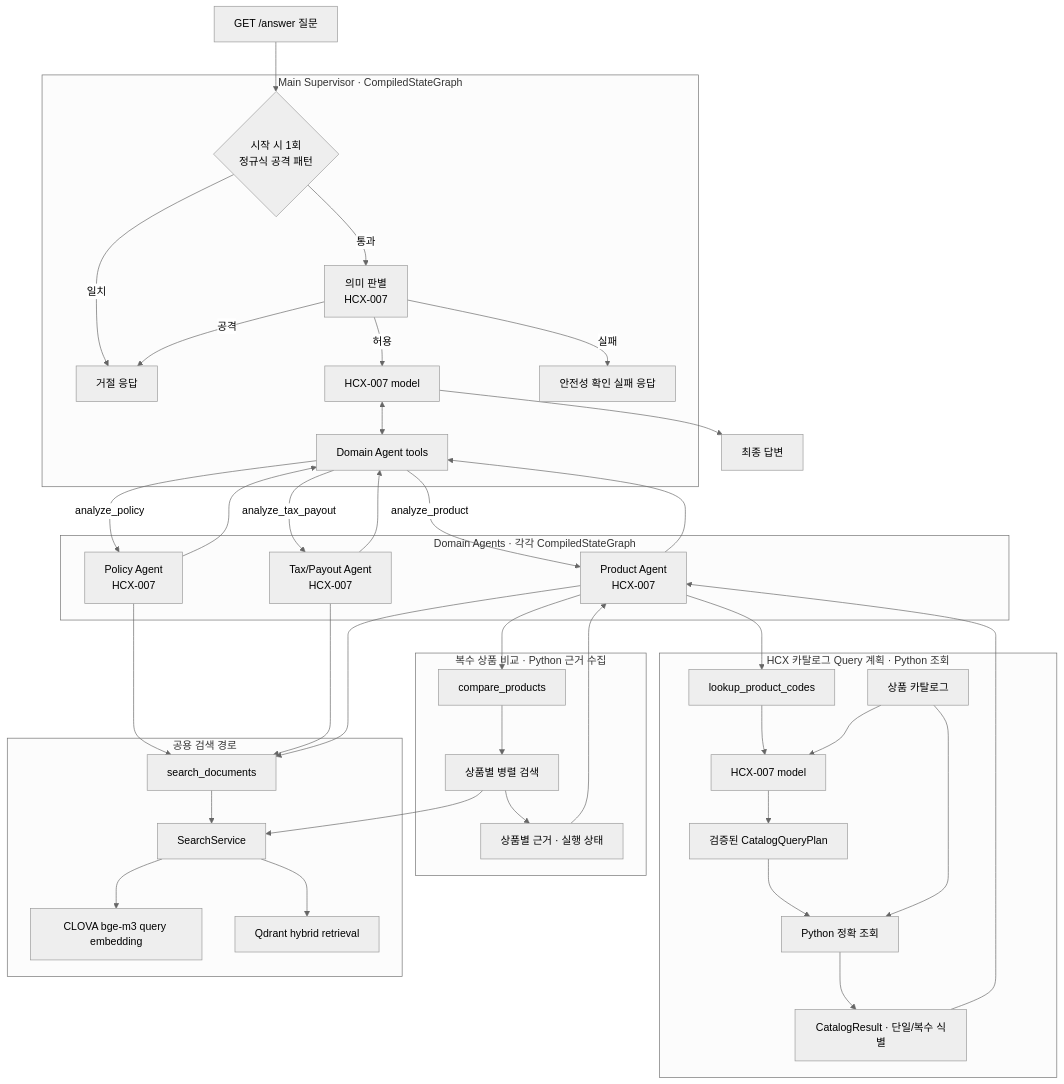
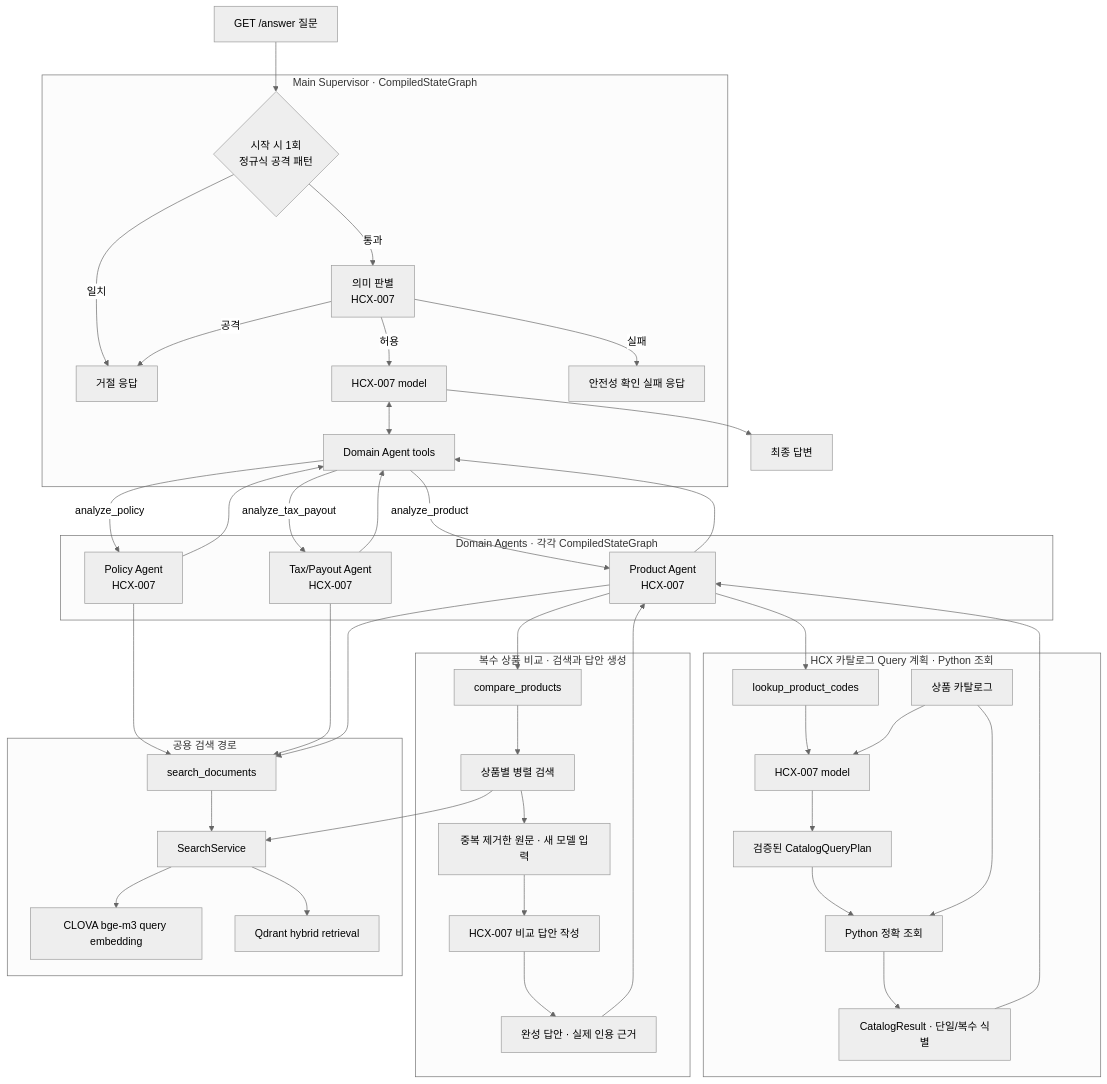
One commit to nayeon653/-ace3 changed the first of 5 diagrams in docs/architecture/agent-graphs.md. Above: the diagram before and after it, drawn with Mermaid (neutral theme). The commit also changed 34 other files, not shown here.

````diff
--- a/docs/architecture/agent-graphs.md
+++ b/docs/architecture/agent-graphs.md
@@ -14,57 +14,59 @@
 ```mermaid
 flowchart TB
     question["GET /answer 질문"] --> regex_guard
 
     subgraph main["Main Supervisor · CompiledStateGraph"]
         regex_guard{"시작 시 1회<br/>정규식 공격 패턴"} -->|일치| guard_refusal["거절 응답"]
         regex_guard -->|통과| input_guard["의미 판별<br/>HCX-007"]
         input_guard -->|허용| supervisor
         input_guard -->|공격| guard_refusal
         input_guard -->|실패| guard_unavailable["안전성 확인 실패 응답"]
         supervisor["HCX-007 model"] <--> domain_tools["Domain Agent tools"]
     end
 
     domain_tools -->|analyze_policy| domain_policy
     domain_tools -->|analyze_tax_payout| domain_tax_payout
     domain_tools -->|analyze_product| domain_product
 
     subgraph domains["Domain Agents · 각각 CompiledStateGraph"]
         domain_policy["Policy Agent<br/>HCX-007"]
         domain_tax_payout["Tax/Payout Agent<br/>HCX-007"]
         domain_product["Product Agent<br/>HCX-007"]
     end
 
     domain_policy --> domain_tools
     domain_policy --> search_tools
     domain_tax_payout --> domain_tools
     domain_tax_payout --> search_tools
     domain_product --> domain_tools
     domain_product --> search_tools
 
     subgraph catalog["HCX 카탈로그 Query 계획 · Python 조회"]
         catalog_lookup["lookup_product_codes"] --> catalog_hcx["HCX-007 model"]
         product_catalog["상품 카탈로그"] --> catalog_hcx
         catalog_hcx --> catalog_query["검증된 CatalogQueryPlan"]
         catalog_query --> catalog_execute["Python 정확 조회"]
         product_catalog --> catalog_execute
         catalog_execute --> catalog_result["CatalogResult · 단일/복수 식별"]
     end
     domain_product --> catalog_lookup
     catalog_result --> domain_product
 
-    subgraph comparison["복수 상품 비교 · Python 근거 수집"]
+    subgraph comparison["복수 상품 비교 · 검색과 답안 생성"]
         compare_tool["compare_products"] --> product_searches["상품별 병렬 검색"]
-        product_searches --> comparison_evidence["상품별 근거 · 실행 상태"]
+        product_searches --> comparison_evidence["중복 제거한 원문 · 새 모델 입력"]
+        comparison_evidence --> comparison_writer["HCX-007 비교 답안 작성"]
+        comparison_writer --> comparison_answer["완성 답안 · 실제 인용 근거"]
     end
     domain_product --> compare_tool
-    comparison_evidence --> domain_product
+    comparison_answer --> domain_product
     product_searches --> search_service
 
     subgraph search["공용 검색 경로"]
         search_tools["search_documents"] --> search_service["SearchService"]
         search_service --> embedding["CLOVA bge-m3 query embedding"]
         search_service --> qdrant["Qdrant hybrid retrieval"]
     end
 
     supervisor --> answer["최종 답변"]
 ```
````
